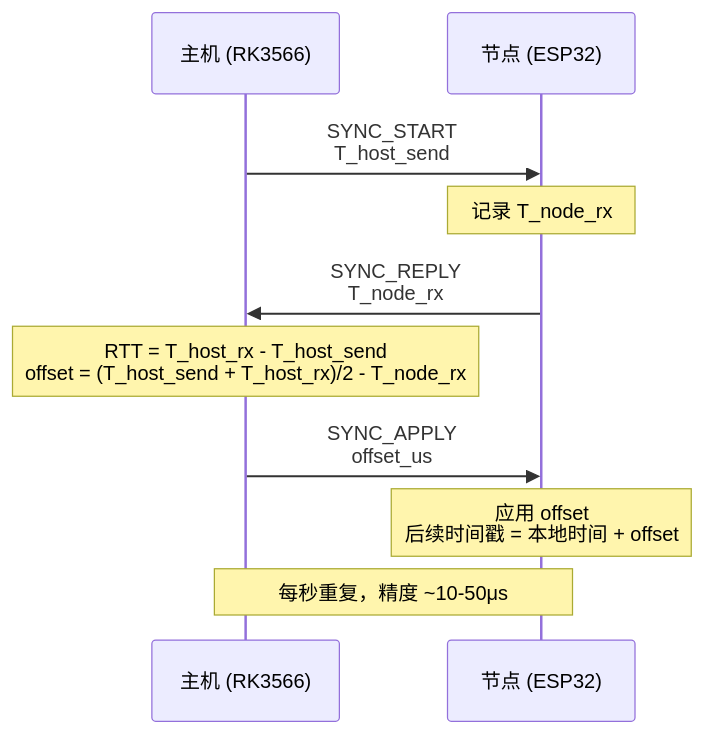
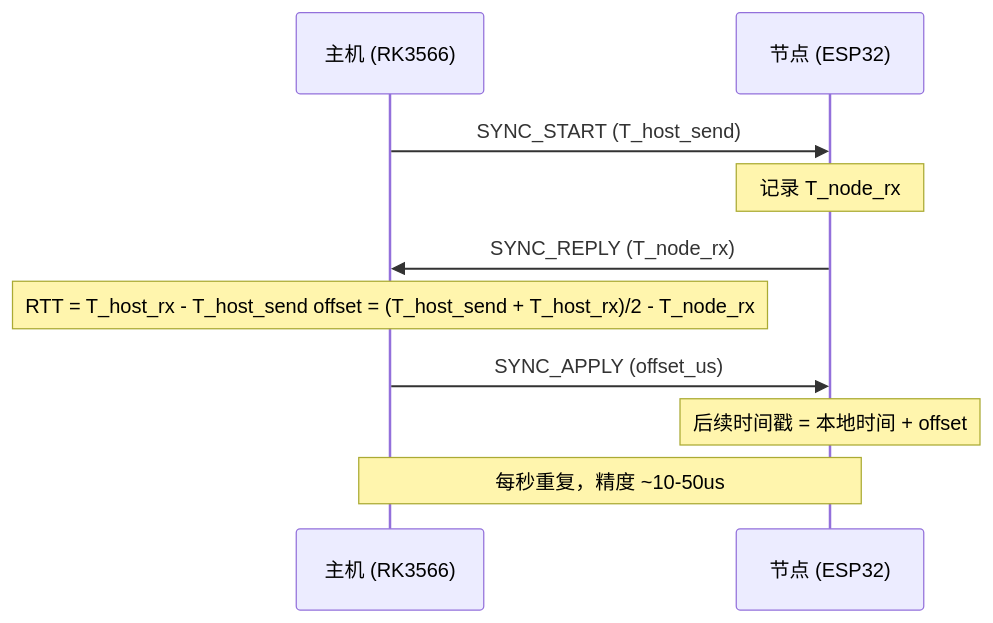
One commit to yangcong-bit/ESP_ICM42688 changed the third of 3 diagrams in README.md. Above: the diagram before and after it, drawn with Mermaid. The commit also changed other lines of this file, not shown here.

````diff
--- a/README.md
+++ b/README.md
@@ -276,15 +150,12 @@
 ```mermaid
 sequenceDiagram
     participant H as 主机 (RK3566)
     participant N as 节点 (ESP32)
-
-    H->>N: SYNC_START<br/>T_host_send
+    H->>N: SYNC_START (T_host_send)
     Note over N: 记录 T_node_rx
-    N->>H: SYNC_REPLY<br/>T_node_rx
-
-    Note over H: RTT = T_host_rx - T_host_send<br/>offset = (T_host_send + T_host_rx)/2 - T_node_rx
-    H->>N: SYNC_APPLY<br/>offset_us
-    Note over N: 应用 offset<br/>后续时间戳 = 本地时间 + offset
-
-    Note over H,N: 每秒重复，精度 ~10-50μs
+    N->>H: SYNC_REPLY (T_node_rx)
+    Note over H: RTT = T_host_rx - T_host_send offset = (T_host_send + T_host_rx)/2 - T_node_rx
+    H->>N: SYNC_APPLY (offset_us)
+    Note over N: 后续时间戳 = 本地时间 + offset
+    Note over H,N: 每秒重复，精度 ~10-50us
 ```
````
